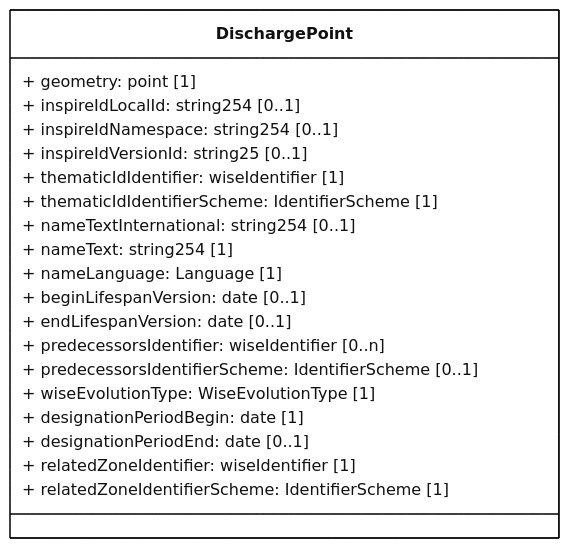
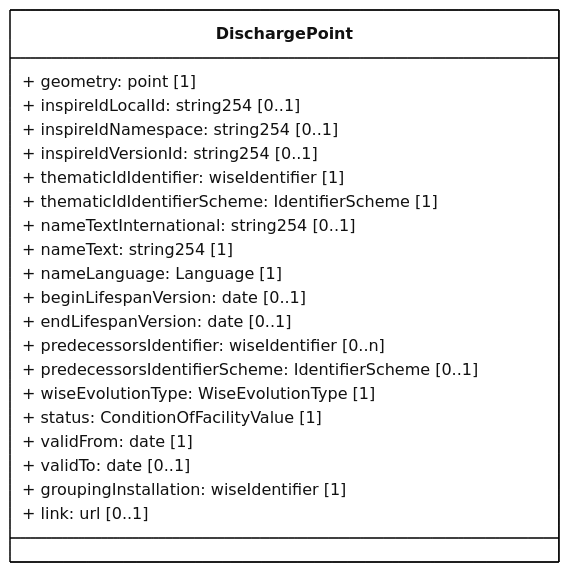
Before and after one commit to eeadata/WISE.UWWTD.Documentation: the diagram in docs/rUWWTD2024/SpatialPoints/mmd/SpatialPoints_DischargePoint_ClassDiagram.mmd, drawn with Mermaid. The commit also changed 14 other files, not shown here.

First line of the commit message:
Align the spatial points tables with the UML diagram of 16 November 2026

```diff
--- a/docs/rUWWTD2024/SpatialPoints/mmd/SpatialPoints_DischargePoint_ClassDiagram.mmd
+++ b/docs/rUWWTD2024/SpatialPoints/mmd/SpatialPoints_DischargePoint_ClassDiagram.mmd
@@ -1,32 +1,33 @@
 ---
 config:
   class:
     hideEmptyMembersBox: true
   layout: dagre
   theme: neutral
 ---
 classDiagram
 direction LR
 class DischargePoint {
     + geometry: point [1]
     + inspireIdLocalId: string254 [0..1]
     + inspireIdNamespace: string254 [0..1]
-    + inspireIdVersionId: string25 [0..1]
+    + inspireIdVersionId: string254 [0..1]
     + thematicIdIdentifier: wiseIdentifier [1]
     + thematicIdIdentifierScheme: IdentifierScheme [1]
     + nameTextInternational: string254 [0..1]
     + nameText: string254 [1]
     + nameLanguage: Language [1]
     + beginLifespanVersion: date [0..1]
     + endLifespanVersion: date [0..1]
     + predecessorsIdentifier: wiseIdentifier [0..n]
     + predecessorsIdentifierScheme: IdentifierScheme [0..1]
     + wiseEvolutionType: WiseEvolutionType [1]
-    + designationPeriodBegin: date [1]
-    + designationPeriodEnd: date [0..1]
-    + relatedZoneIdentifier: wiseIdentifier [1]
-    + relatedZoneIdentifierScheme: IdentifierScheme [1]
+    + status: ConditionOfFacilityValue [1]
+    + validFrom: date [1]
+    + validTo: date [0..1]
+    + groupingInstallation: wiseIdentifier [1]
+    + link: url [0..1]
 }
 
 classDef default fill:white,stroke:#000;
 classDef forFixing fill:white,stroke:#f00;
```
